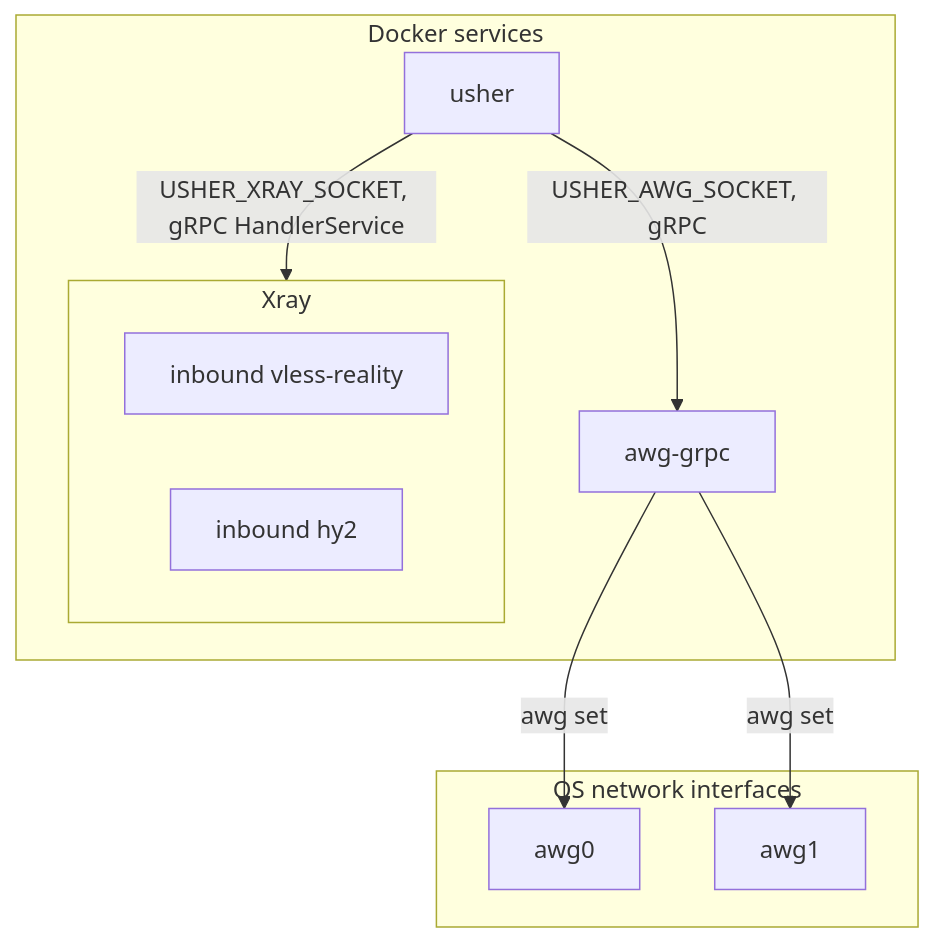
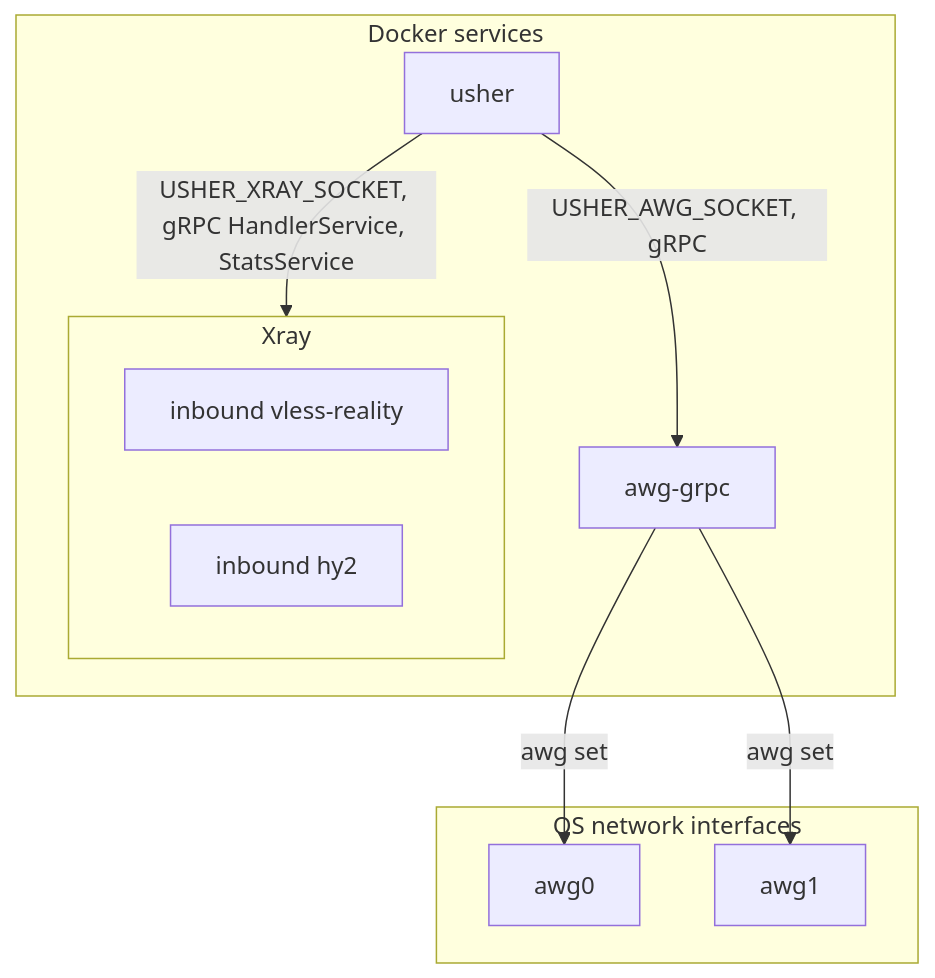
The diagram in README.md (mrcsin/usher), drawn with Mermaid before and after one commit. The commit also changed other lines of this file and 36 other files, not shown here.

````diff
--- a/README.md
+++ b/README.md
@@ -23,19 +23,19 @@
 ```mermaid
 flowchart TD
   subgraph docker[Docker services]
     usher[usher]
     awg[awg-grpc]
     subgraph xray[Xray]
       vless[inbound vless-reality]
       hy2[inbound hy2]
     end
   end
   subgraph os[OS network interfaces]
     awg0[awg0]
     awg1[awg1]
   end
   usher -- "USHER_AWG_SOCKET, gRPC" --> awg
-  usher -- "USHER_XRAY_SOCKET, gRPC HandlerService" --> xray
+  usher -- "USHER_XRAY_SOCKET, gRPC HandlerService, StatsService" --> xray
   awg -- "awg set" --> awg0
   awg -- "awg set" --> awg1
 ```
````
